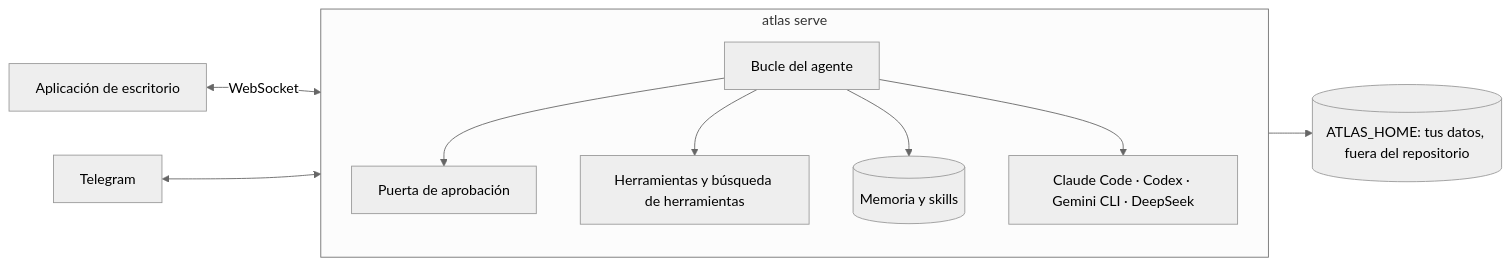
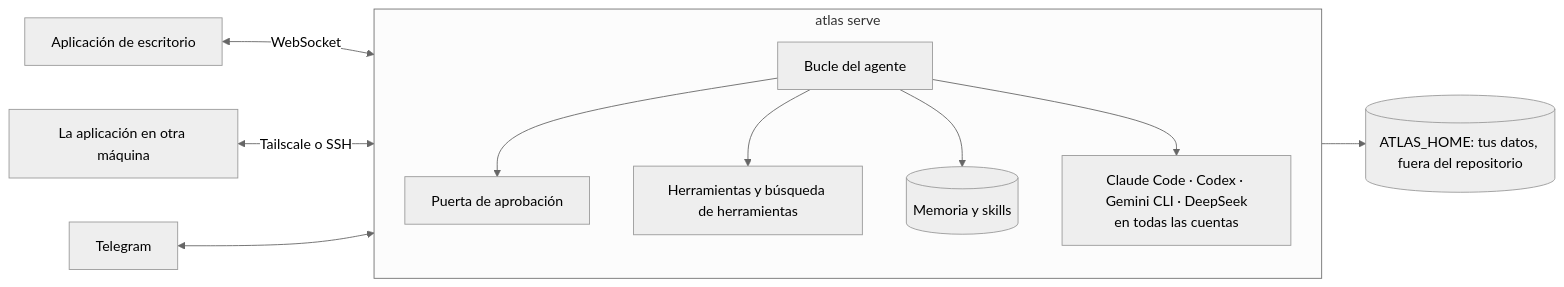
One commit to AlexandreLPA/atlas changed the diagram in README.es.md. Above: the diagram before and after it, drawn with Mermaid (neutral theme). The commit also changed other lines of this file and 3 other files, not shown here.

````diff
--- a/README.es.md
+++ b/README.es.md
@@ -107,12 +166,13 @@
 ```mermaid
 flowchart LR
     App[Aplicación de escritorio] <-->|WebSocket| Server
+    Laptop[La aplicación en otra máquina] <-->|Tailscale o SSH| Server
     Telegram <--> Server
     subgraph Server[atlas serve]
         Loop[Bucle del agente] --> Gate[Puerta de aprobación]
         Loop --> Tools[Herramientas y búsqueda de herramientas]
         Loop --> Memory[(Memoria y skills)]
-        Loop --> Executors[Claude Code · Codex · Gemini CLI · DeepSeek]
+        Loop --> Executors[Claude Code · Codex · Gemini CLI · DeepSeek<br>en todas las cuentas]
     end
     Server --> Home[(ATLAS_HOME: tus datos, fuera del repositorio)]
 ```
````
